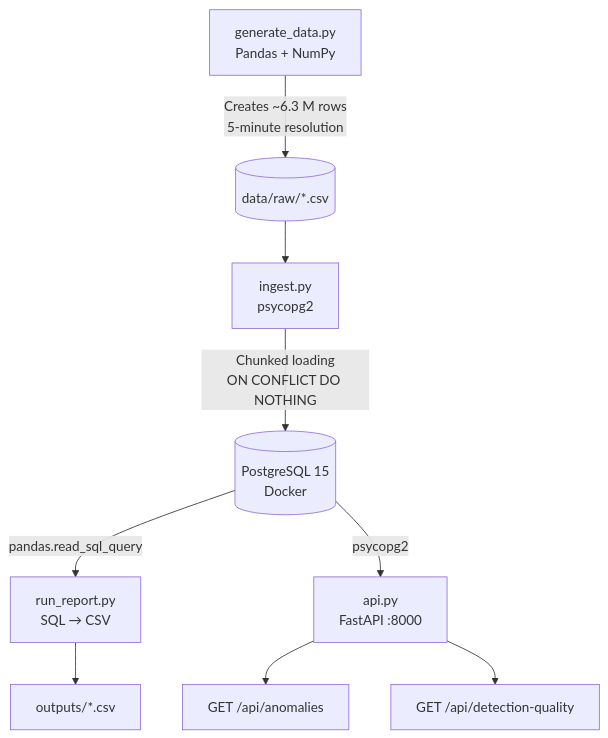
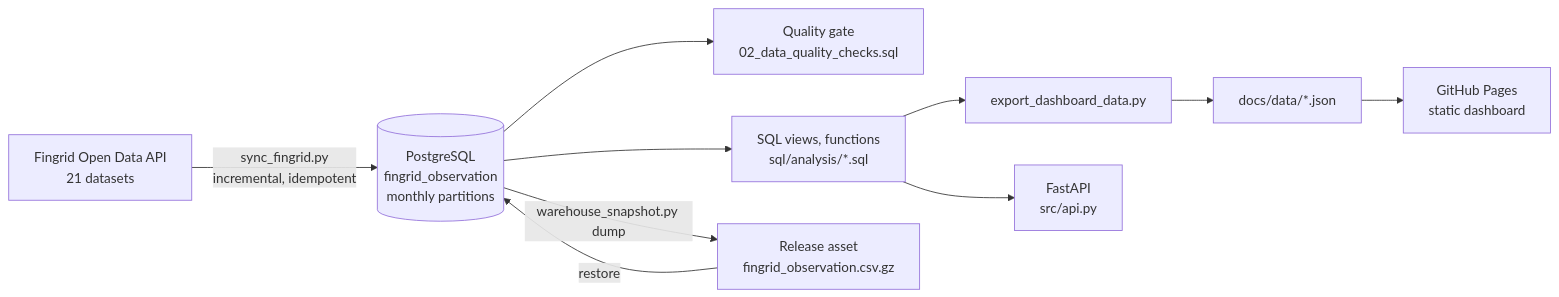
The diagram in README.md (miladgk/industrial-energy-sql-pipeline), drawn with Mermaid before and after one commit. The commit also changed other lines of this file and 65 other files, not shown here.

````diff
--- a/README.md
+++ b/README.md
@@ -24,11 +34,10 @@
 ```mermaid
-flowchart TD
-    A[generate_data.py<br/>Pandas + NumPy] -->|Creates ~6.3 M rows<br/>5-minute resolution| B[(data/raw/*.csv)]
-    B --> C[ingest.py<br/>psycopg2]
-    C -->|Chunked loading<br/>ON CONFLICT DO NOTHING| D[(PostgreSQL 15<br/>Docker)]
-    D -->|pandas.read_sql_query| E[run_report.py<br/>SQL → CSV]
-    E --> F[outputs/*.csv]
-    D -->|psycopg2| G[api.py<br/>FastAPI :8000]
-    G --> H[GET /api/anomalies]
-    G --> I[GET /api/detection-quality]
+flowchart LR
+    F[Fingrid Open Data API<br/>21 datasets] -->|sync_fingrid.py<br/>incremental, idempotent| W[(PostgreSQL<br/>fingrid_observation<br/>monthly partitions)]
+    W --> Q[Quality gate<br/>02_data_quality_checks.sql]
+    W --> S[SQL views, functions<br/>sql/analysis/*.sql]
+    S --> E[export_dashboard_data.py] --> J[docs/data/*.json] --> P[GitHub Pages<br/>static dashboard]
+    S --> A[FastAPI<br/>src/api.py]
+    W -->|warehouse_snapshot.py dump| R[Release asset<br/>fingrid_observation.csv.gz]
+    R -->|restore| W
 ```
````
